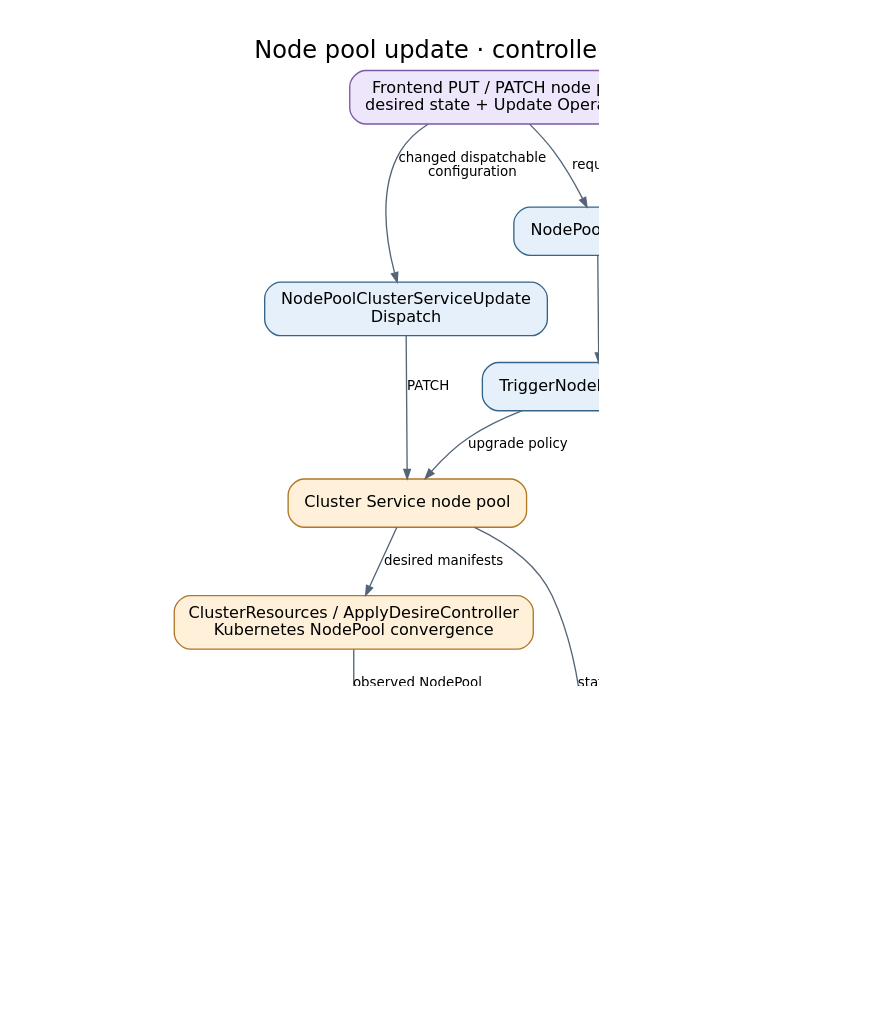
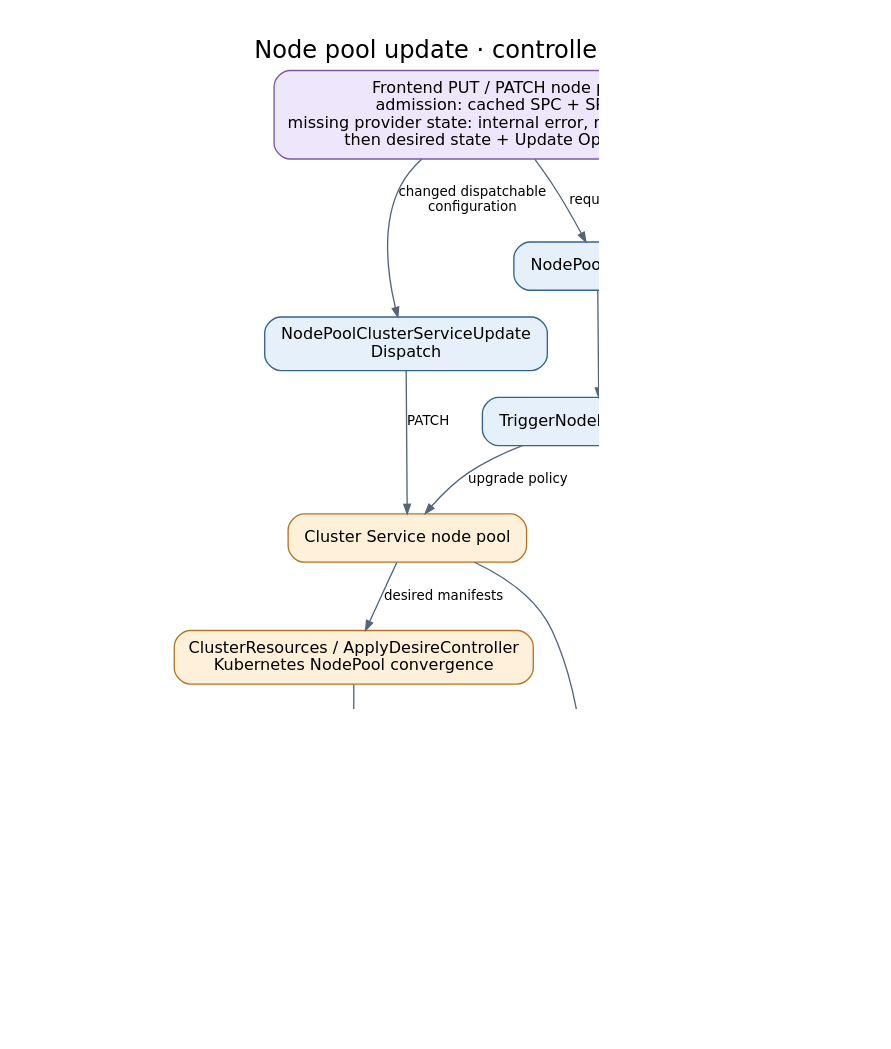
The diagram in docs/diagrams/controller-flows/nodepool-update.dot (Azure/ARO-HCP), drawn with Graphviz before and after one commit. The commit also changed 39 other files, not shown here.

Commit message:
refactor(frontend): bundle admission caches and leave provider initialization to backend

```diff
--- a/docs/diagrams/controller-flows/nodepool-update.dot
+++ b/docs/diagrams/controller-flows/nodepool-update.dot
@@ -1,30 +1,30 @@
 digraph nodepool_update {
   graph [rankdir=TB, bgcolor="white", pad="0.3", nodesep="0.4", ranksep="0.55", fontname="DejaVu Sans", fontsize=18, labelloc=t, label="Node pool update · controller flow", dpi=110];
   node [shape=box, style="rounded,filled", fillcolor="#e6f0fa", color="#35648a", fontname="DejaVu Sans", fontsize=12, margin="0.16,0.10"];
   edge [color="#536577", fontname="DejaVu Sans", fontsize=10, arrowsize=0.7];
-  api [label="Frontend PUT / PATCH node pool\ndesired state + Update Operation", fillcolor="#eee7fb", color="#7b59a4"];
+  api [label="Frontend PUT / PATCH node pool\nadmission: cached SPC + SPNP\nmissing provider state: internal error, no live fallback\nthen desired state + Update Operation", fillcolor="#eee7fb", color="#7b59a4"];
   dispatch [label="NodePoolClusterServiceUpdate\nDispatch", fillcolor="#e6f0fa", color="#35648a"];
   version [label="NodePoolVersion", fillcolor="#e6f0fa", color="#35648a"];
   upgrade [label="TriggerNodePoolUpgrade", fillcolor="#e6f0fa", color="#35648a"];
   cs [label="Cluster Service node pool", fillcolor="#fff0da", color="#b27624"];
   kube [label="ClusterResources / ApplyDesireController\nKubernetes NodePool convergence", fillcolor="#fff0da", color="#b27624"];
   mirror [label="ReadDesireKubernetesController", fillcolor="#e6f0fa", color="#35648a"];
   active [label="NodePoolActiveVersions", fillcolor="#e6f0fa", color="#35648a"];
   op [label="OperationNodePoolUpdate", fillcolor="#e6f0fa", color="#35648a"];
   done [label="ARM operation terminal state", fillcolor="#e4f2e5", color="#4c8053"];
   api -> dispatch [label="changed dispatchable\nconfiguration"];
   api -> version [label="requested version"];
   version -> upgrade [label="desired version"];
   dispatch -> cs [label="PATCH"];
   upgrade -> cs [label="upgrade policy"];
   cs -> kube [label="desired manifests"];
   kube -> mirror [label="observed NodePool"];
   mirror -> active [label="observed version"];
   cs -> op [label="state / upgrade status"];
   mirror -> op [label="replicas + health conditions\n(health skipped at fixed zero)"];
   op -> done [label="complete or fail"];
   observed [label="Customer resource Status.ActiveVersions\nfull OCP versions", fillcolor="#e4f2e5", color="#4c8053"];
   active -> observed [label="separate Cosmos replace"];
   active -> upgrade [label="active versus desired", style=dashed, color="#857456", constraint=false];
   op -> op [label="pending: poll again", style=dashed, color="#857456", constraint=false];
 }
```
